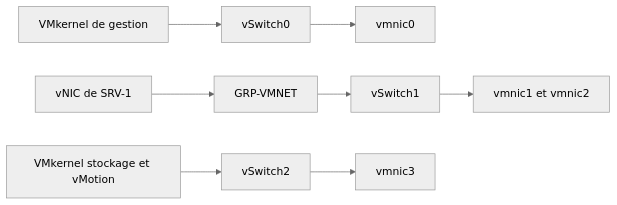
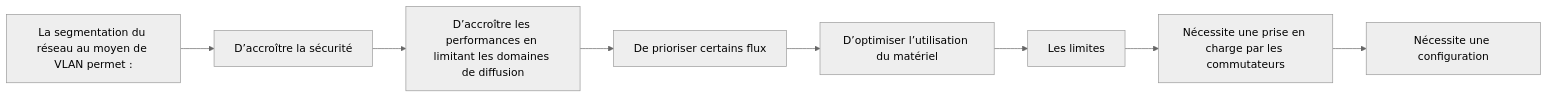
Before and after one commit to sk34pk25/tssr-cours: the second of 5 diagrams in docs/modules/13-virtualisation-serveurs/module-06.md, drawn with Mermaid (neutral theme). The commit also changed other lines of this file and 7 other files, not shown here.

````diff
--- a/docs/modules/13-virtualisation-serveurs/module-06.md
+++ b/docs/modules/13-virtualisation-serveurs/module-06.md
@@ -70,6 +67,18 @@
 ```mermaid
 flowchart LR
-    G["VMkernel de gestion"] --> A["vSwitch0"] --> N0["vmnic0"]
-    V["vNIC de SRV-1"] --> P["GRP-VMNET"] --> B["vSwitch1"] --> N12["vmnic1 et vmnic2"]
-    S["VMkernel stockage et vMotion"] --> C["vSwitch2"] --> N3["vmnic3"]
+    N1["La segmentation du réseau au moyen de VLAN permet :"]
+    N2["D’accroître la sécurité"]
+    N3["D’accroître les performances en limitant les domaines de diffusion"]
+    N4["De prioriser certains flux"]
+    N5["D’optimiser l’utilisation du matériel"]
+    N6["Les limites"]
+    N7["Nécessite une prise en charge par les commutateurs"]
+    N8["Nécessite une configuration"]
+    N1 --> N2
+    N2 --> N3
+    N3 --> N4
+    N4 --> N5
+    N5 --> N6
+    N6 --> N7
+    N7 --> N8
 ```
````
